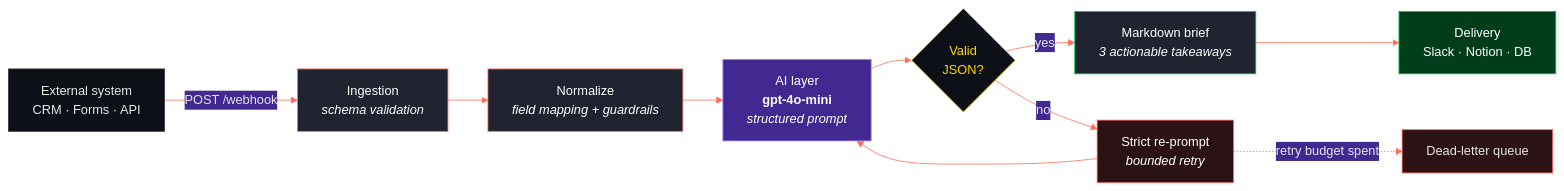
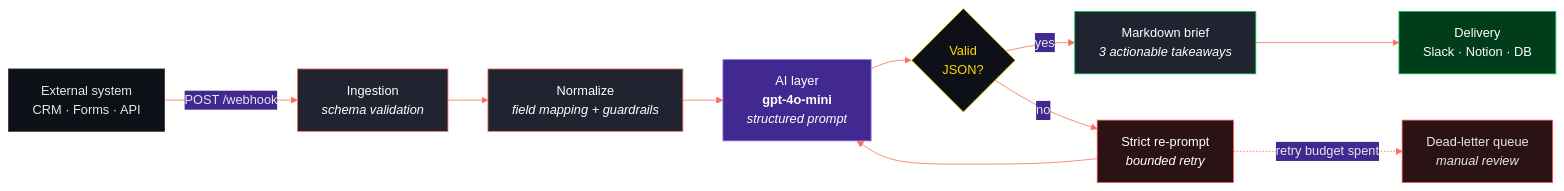
The diagram in README.md (cillisandrea4-ops/AI-automation-Blueprints), drawn with Mermaid before and after one commit. The commit also changed other lines of this file, not shown here.

````diff
--- a/README.md
+++ b/README.md
@@ -47,23 +46,23 @@
 ```mermaid
 %%{init: {'theme':'base','themeVariables':{'primaryColor':'#1F2430','primaryTextColor':'#E6E6E6','primaryBorderColor':'#FF6D5A','lineColor':'#FF6D5A','secondaryColor':'#412991','tertiaryColor':'#0D1117','fontFamily':'ui-monospace, monospace'}}}%%
 flowchart LR
     A["External system<br/>CRM · Forms · API"] -->|POST /webhook| B["Ingestion<br/><i>schema validation</i>"]
     B --> C["Normalize<br/><i>field mapping + guardrails</i>"]
     C --> D["AI layer<br/><b>gpt-4o-mini</b><br/><i>structured prompt</i>"]
     D --> E{"Valid<br/>JSON?"}
     E -->|yes| F["Markdown brief<br/><i>3 actionable takeaways</i>"]
     E -->|no| G["Strict re-prompt<br/><i>bounded retry</i>"]
     G --> D
-    G -.->|retry budget spent| I["Dead-letter queue"]
+    G -.->|retry budget spent| I["Dead-letter queue<br/><i>manual review</i>"]
     F --> H["Delivery<br/>Slack · Notion · DB"]
 
     style A fill:#0D1117,stroke:#30363D,color:#E6E6E6
     style B fill:#1F2430,stroke:#FF6D5A,color:#ffffff
     style C fill:#1F2430,stroke:#FF6D5A,color:#ffffff
     style D fill:#412991,stroke:#A78BFA,color:#ffffff
     style E fill:#0D1117,stroke:#FFD700,color:#FFD700
     style F fill:#1F2430,stroke:#00C853,color:#ffffff
     style G fill:#2A1215,stroke:#FF5252,color:#ffffff
     style H fill:#003D1A,stroke:#00C853,color:#ffffff
     style I fill:#2A1215,stroke:#FF5252,color:#E6E6E6
 ```
````
